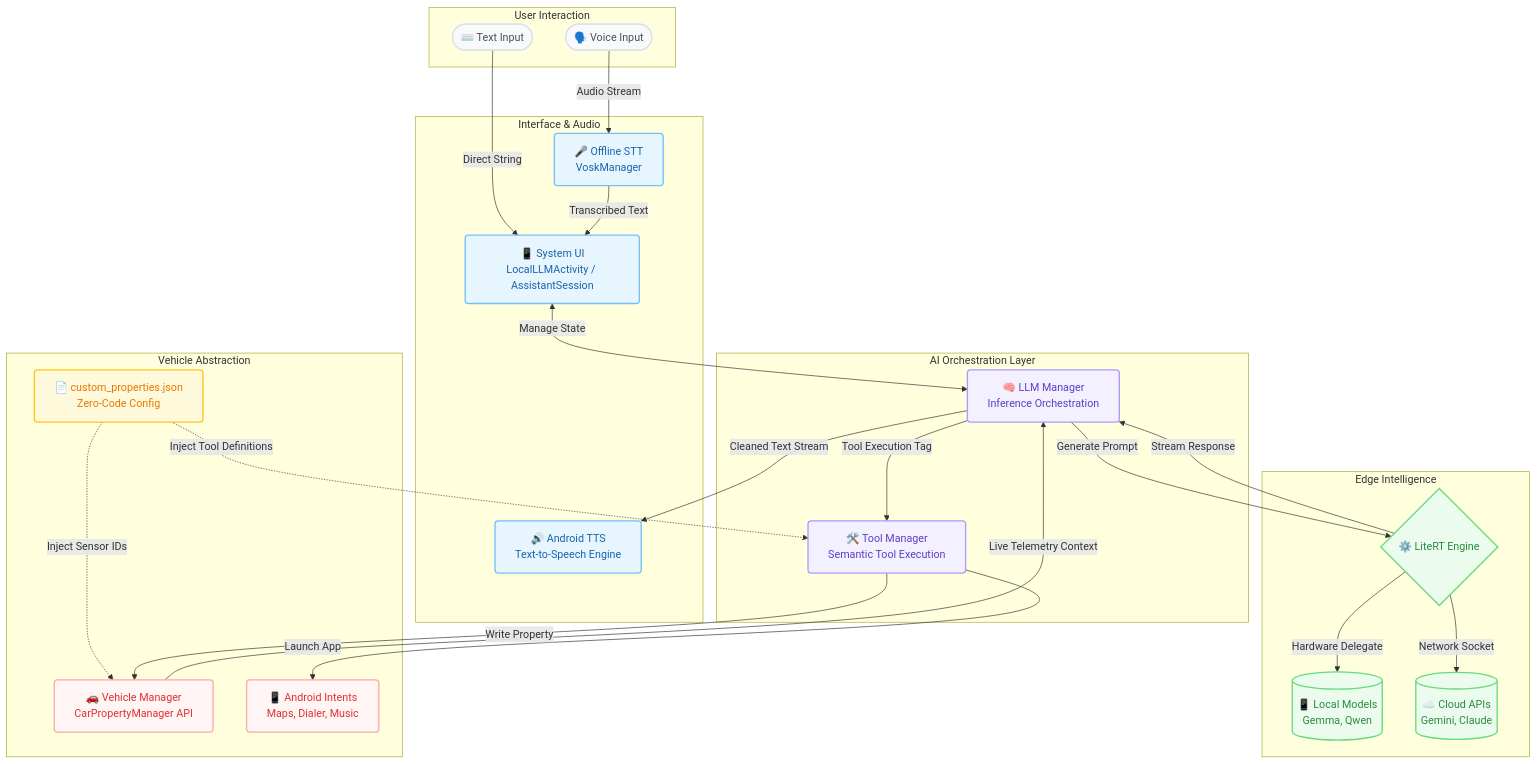
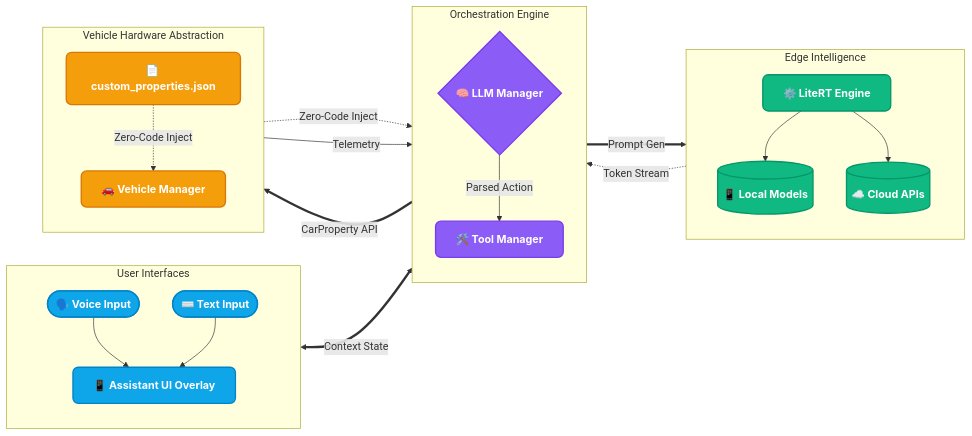
Before and after one commit to hemangpandhi/ai-assistant: the first of 4 diagrams in ARCHITECTURE.md, drawn with Mermaid. The commit also changed other lines of this file, not shown here.

Commit message:
docs: redesign Mermaid diagrams with sleek enterprise theme

````diff
--- a/ARCHITECTURE.md
+++ b/ARCHITECTURE.md
@@ -11,60 +11,48 @@
 ```mermaid
-flowchart TD
-    %% Professional Styling
-    classDef input fill:#f8f9fa,stroke:#dee2e6,stroke-width:2px,color:#495057,rx:5px,ry:5px;
-    classDef ui fill:#e7f5ff,stroke:#74c0fc,stroke-width:2px,color:#1864ab,rx:5px,ry:5px;
-    classDef orchestrator fill:#f3f0ff,stroke:#b197fc,stroke-width:2px,color:#5f3dc4,rx:5px,ry:5px;
-    classDef model fill:#ebfbee,stroke:#69db7c,stroke-width:2px,color:#2b8a3e,rx:5px,ry:5px;
-    classDef hardware fill:#fff5f5,stroke:#ffa8a8,stroke-width:2px,color:#e03131,rx:5px,ry:5px;
-    classDef config fill:#fff9db,stroke:#fcc419,stroke-width:2px,color:#e67700,rx:5px,ry:5px;
+flowchart LR
+    %% Professional Enterprise Theme
+    classDef default fill:#1E293B,stroke:#334155,stroke-width:2px,color:#F8FAFC,rx:8px,ry:8px,font-family:Inter;
+    classDef interface fill:#0EA5E9,stroke:#0284C7,stroke-width:2px,color:#FFFFFF,rx:8px,ry:8px,font-weight:bold;
+    classDef orchestrator fill:#8B5CF6,stroke:#7C3AED,stroke-width:2px,color:#FFFFFF,rx:8px,ry:8px,font-weight:bold;
+    classDef ai fill:#10B981,stroke:#059669,stroke-width:2px,color:#FFFFFF,rx:8px,ry:8px,font-weight:bold;
+    classDef hardware fill:#F59E0B,stroke:#D97706,stroke-width:2px,color:#FFFFFF,rx:8px,ry:8px,font-weight:bold;
 
-    subgraph User_Interaction [User Interaction]
-        V([🗣️ Voice Input]):::input
-        T([⌨️ Text Input]):::input
+    subgraph Input ["User Interfaces"]
+        direction TB
+        V([🗣️ Voice Input]):::interface
+        T([⌨️ Text Input]):::interface
+        UI[📱 Assistant UI Overlay]:::interface
     end
 
-    subgraph Interface_Audio [Interface & Audio]
-        STT[🎤 Offline STT<br>VoskManager]:::ui
-        UI[📱 System UI<br>LocalLLMActivity / AssistantSession]:::ui
-        TTS[🔊 Android TTS<br>Text-to-Speech Engine]:::ui
+    subgraph Core ["Orchestration Engine"]
+        direction TB
+        SM{🧠 LLM Manager}:::orchestrator
+        TM[🛠️ Tool Manager]:::orchestrator
     end
 
-    subgraph AI_Orchestration [AI Orchestration Layer]
-        SM[🧠 LLM Manager<br>Inference Orchestration]:::orchestrator
-        TM[🛠️ Tool Manager<br>Semantic Tool Execution]:::orchestrator
+    subgraph Models ["Edge Intelligence"]
+        direction TB
+        ENG[⚙️ LiteRT Engine]:::ai
+        LM[(📱 Local Models)]:::ai
+        CM[(☁️ Cloud APIs)]:::ai
     end
 
-    subgraph Edge_Intelligence [Edge Intelligence]
-        Engine{⚙️ LiteRT Engine}:::model
-        L_Model[(📱 Local Models<br>Gemma, Qwen)]:::model
-        C_Model[(☁️ Cloud APIs<br>Gemini, Claude)]:::model
+    subgraph Auto ["Vehicle Hardware Abstraction"]
+        direction TB
+        VM[🚗 Vehicle Manager]:::hardware
+        JSON[📄 custom_properties.json]:::hardware
     end
 
-    subgraph Vehicle_Abstraction [Vehicle Abstraction]
-        VM[🚗 Vehicle Manager<br>CarPropertyManager API]:::hardware
-        JSON[📄 custom_properties.json<br>Zero-Code Config]:::config
-        Intents[📱 Android Intents<br>Maps, Dialer, Music]:::hardware
-    end
-
-    %% Flows
-    V -->|Audio Stream| STT
-    T -->|Direct String| UI
-    STT -->|Transcribed Text| UI
-
-    UI <-->|Manage State| SM
+    %% Data Flow
+    V & T --> UI
+    UI <==>|Context State| SM
     
-    SM -->|Generate Prompt| Engine
-    Engine -->|Hardware Delegate| L_Model
-    Engine -->|Network Socket| C_Model
-    Engine -->|Stream Response| SM
-
-    JSON -.->|Inject Tool Definitions| TM
-    JSON -.->|Inject Sensor IDs| VM
-
-    VM -->|Live Telemetry Context| SM
-    SM -->|Tool Execution Tag| TM
-    SM -->|Cleaned Text Stream| TTS
-
-    TM -->|Write Property| VM
-    TM -->|Launch App| Intents
+    SM ==>|Prompt Gen| ENG
+    ENG --> LM & CM
+    ENG -.->|Token Stream| SM
+    
+    JSON -.->|Zero-Code Inject| TM & VM
+    VM -->|Telemetry| SM
+    SM -->|Parsed Action| TM
+    TM ==>|CarProperty API| VM
 ```
````
